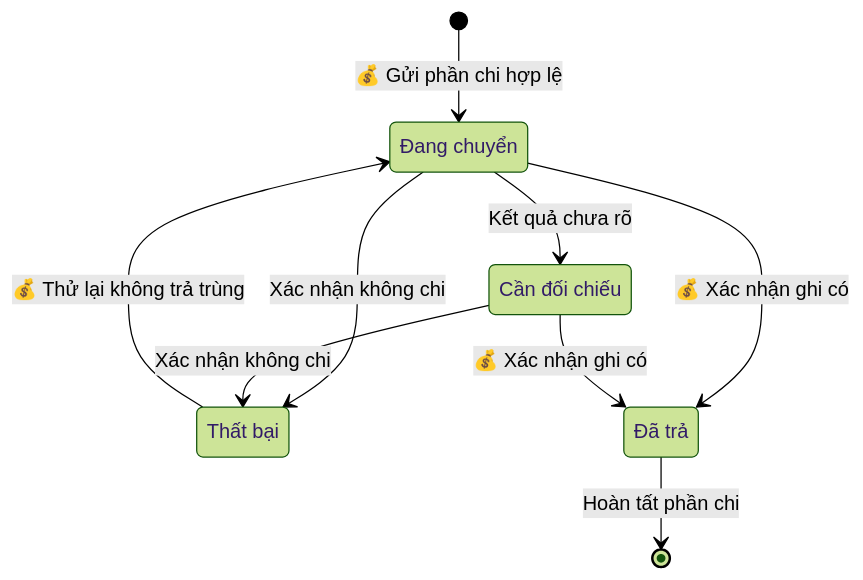
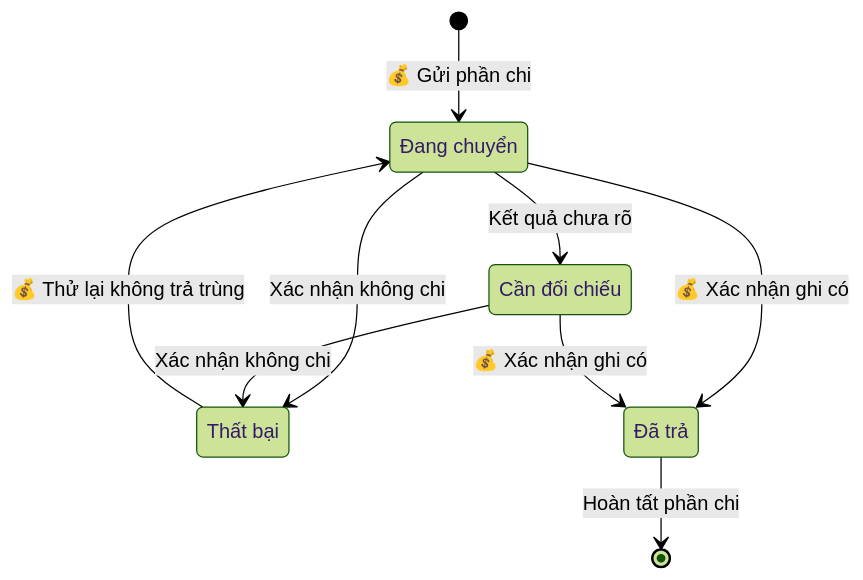
The eighth of 9 diagrams in nexora/docs/business/business-oneqr-earnings.md (vlink-group/VlinkPay), drawn with Mermaid (forest theme) before and after one commit. The commit also changed other lines of this file, not shown here.

Commit message:
Make the content flow more smoothly

````diff
--- a/nexora/docs/business/business-oneqr-earnings.md
+++ b/nexora/docs/business/business-oneqr-earnings.md
@@ -388,15 +400,15 @@
 ```mermaid
 stateDiagram-v2
     state "Đang chuyển" as Sending
     state "Cần đối chiếu" as Reconciling
     state "Thất bại" as Failed
     state "Đã trả" as Paid
-    [*] --> Sending : 💰 Gửi phần chi hợp lệ
+    [*] --> Sending : 💰 Gửi phần chi
     Sending --> Reconciling : Kết quả chưa rõ
     Sending --> Failed : Xác nhận không chi
     Sending --> Paid : 💰 Xác nhận ghi có
     Reconciling --> Failed : Xác nhận không chi
     Reconciling --> Paid : 💰 Xác nhận ghi có
     Failed --> Sending : 💰 Thử lại không trả trùng
     Paid --> [*] : Hoàn tất phần chi
 ```
````
